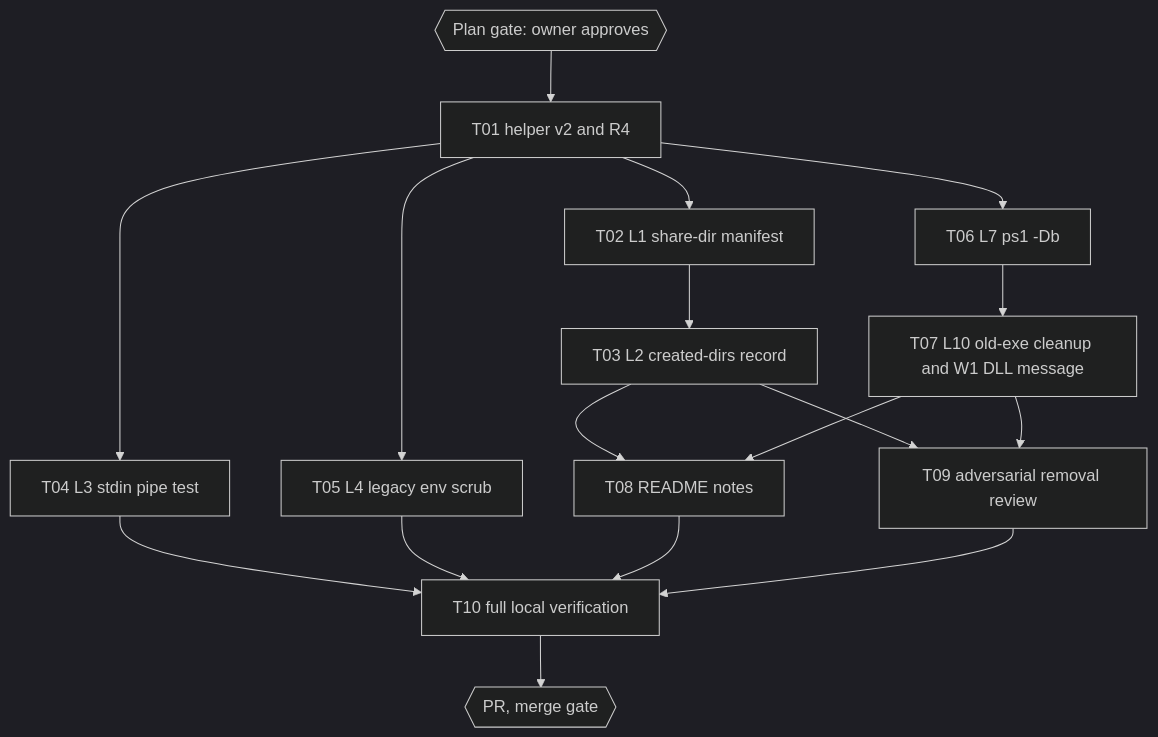
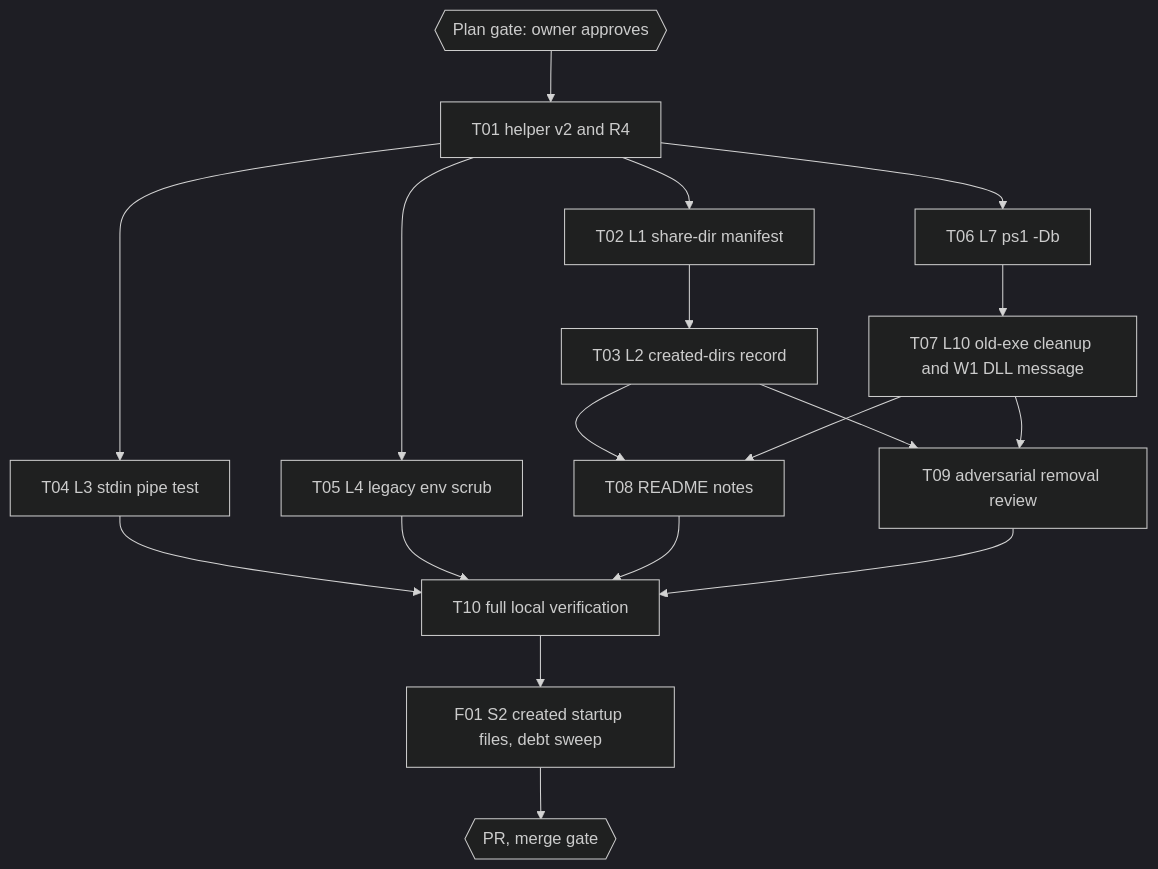
One commit to belajarcarabelajar/snipset-cli changed the diagram in docs/code-plan/plans/2026-10-12-snipset-cli-deferred-hardening.md. Above: the diagram before and after it, drawn with Mermaid (dark theme). The commit also changed other lines of this file and 2 other files, not shown here.

Commit message:
docs: record the debt sweep and its S2 follow-up

````diff
--- a/docs/code-plan/plans/2026-10-12-snipset-cli-deferred-hardening.md
+++ b/docs/code-plan/plans/2026-10-12-snipset-cli-deferred-hardening.md
@@ -224,21 +238,22 @@
 ```mermaid
 flowchart TD
     accTitle: Deferred hardening task map
     accDescr: The helper task unlocks the Linux and Windows chunks; the Linux records and the Windows binary chunk feed the README and the adversarial removal review, which gate the full local verification.
     G{{"Plan gate: owner approves"}} --> T01["T01 helper v2 and R4"]
     T01 --> T02["T02 L1 share-dir manifest"]
     T02 --> T03["T03 L2 created-dirs record"]
     T01 --> T04["T04 L3 stdin pipe test"]
     T01 --> T05["T05 L4 legacy env scrub"]
     T01 --> T06["T06 L7 ps1 -Db"]
     T06 --> T07["T07 L10 old-exe cleanup and W1 DLL message"]
     T03 --> T08["T08 README notes"]
     T07 --> T08
     T03 --> T09["T09 adversarial removal review"]
     T07 --> T09
     T04 --> T10["T10 full local verification"]
     T05 --> T10
     T08 --> T10
     T09 --> T10
-    T10 --> PR{{"PR, merge gate"}}
+    T10 --> F01["F01 S2 created startup files, debt sweep"]
+    F01 --> PR{{"PR, merge gate"}}
 ```
````
